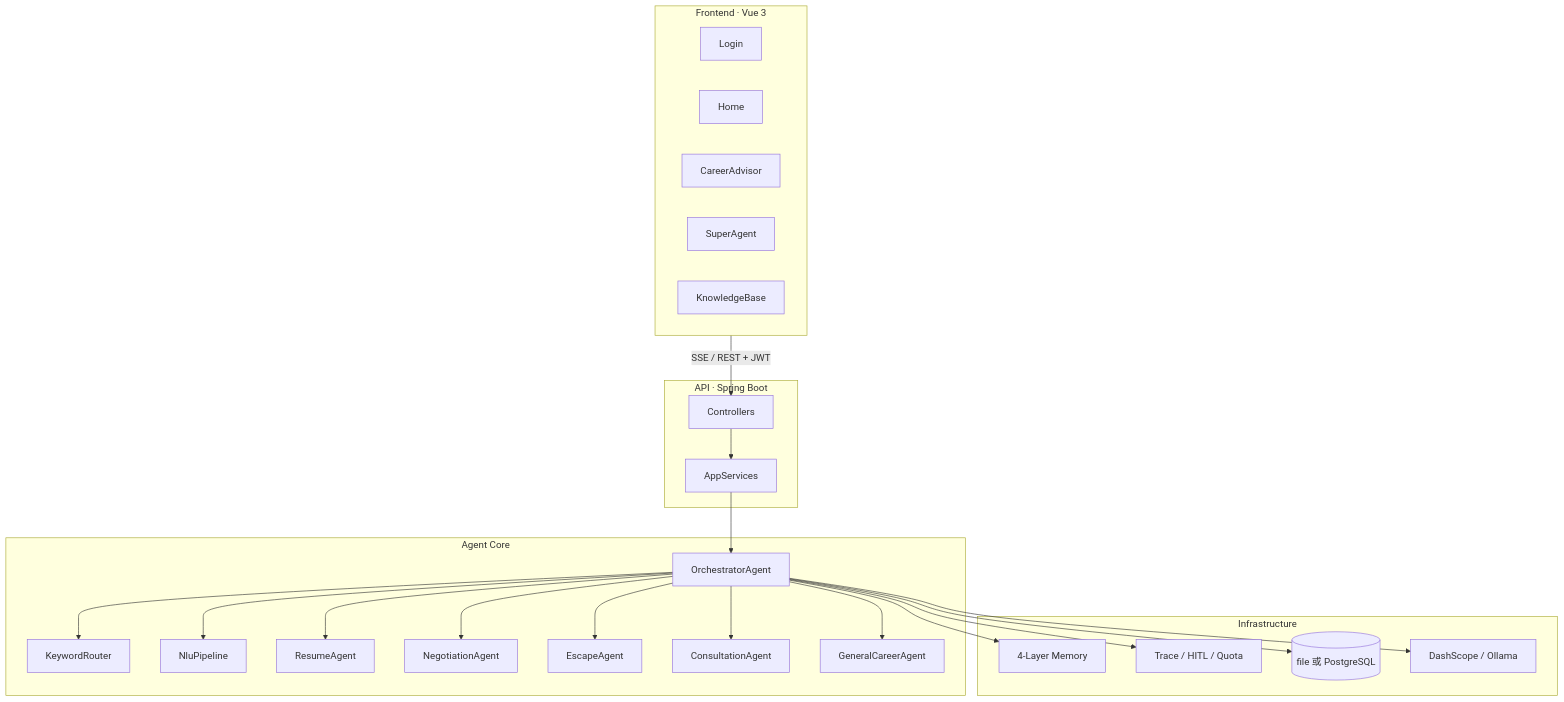
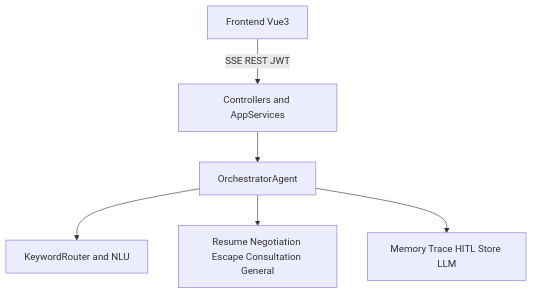
Before and after one commit to jiasongqi/WorkplaceAIAgent: the first of 2 diagrams in README.md, drawn with Mermaid. The commit also changed other lines of this file and 1 other file, not shown here.

Commit message:
Fix GitHub Mermaid render errors in README diagrams.
Simplify flowcharts: drop subgraphs, multi-target edges, and br labels that trigger layout failures.

````diff
--- a/README.md
+++ b/README.md
@@ -61,39 +61,15 @@
 ```mermaid
-flowchart TB
-  subgraph FE["Frontend · Vue 3"]
-    Login[Login]
-    Home[Home]
-    Career[CareerAdvisor]
-    Super[SuperAgent]
-    KB[KnowledgeBase]
-  end
+flowchart TD
+  FE[Frontend Vue3]
+  API[Controllers and AppServices]
+  Orch[OrchestratorAgent]
+  Route[KeywordRouter and NLU]
+  Agents[Resume Negotiation Escape Consultation General]
+  Infra[Memory Trace HITL Store LLM]
 
-  subgraph API["API · Spring Boot"]
-    Ctrl[Controllers]
-    App[AppServices]
-  end
-
-  subgraph CORE["Agent Core"]
-    Orch[OrchestratorAgent]
-    KR[KeywordRouter]
-    NLU[NluPipeline]
-    R[ResumeAgent]
-    N[NegotiationAgent]
-    E[EscapeAgent]
-    C[ConsultationAgent]
-    G[GeneralCareerAgent]
-  end
-
-  subgraph INFRA["Infrastructure"]
-    Mem[4-Layer Memory]
-    Trace[Trace / HITL / Quota]
-    Store[(file 或 PostgreSQL)]
-    LLM[DashScope / Ollama]
-  end
-
-  FE -->|SSE / REST + JWT| Ctrl --> App --> Orch
-  Orch --> KR
-  Orch --> NLU
-  Orch --> R & N & E & C & G
-  Orch --> Mem & Trace & Store & LLM
+  FE -->|SSE REST JWT| API
+  API --> Orch
+  Orch --> Route
+  Orch --> Agents
+  Orch --> Infra
 ```
````
